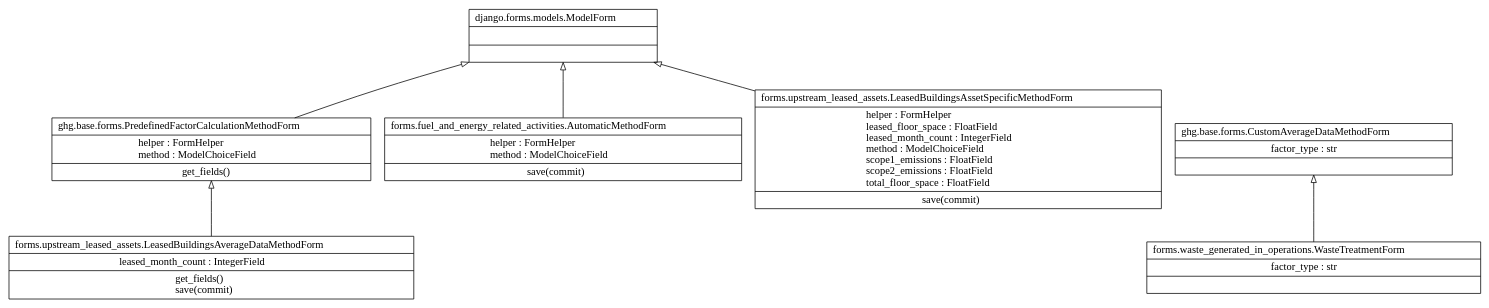
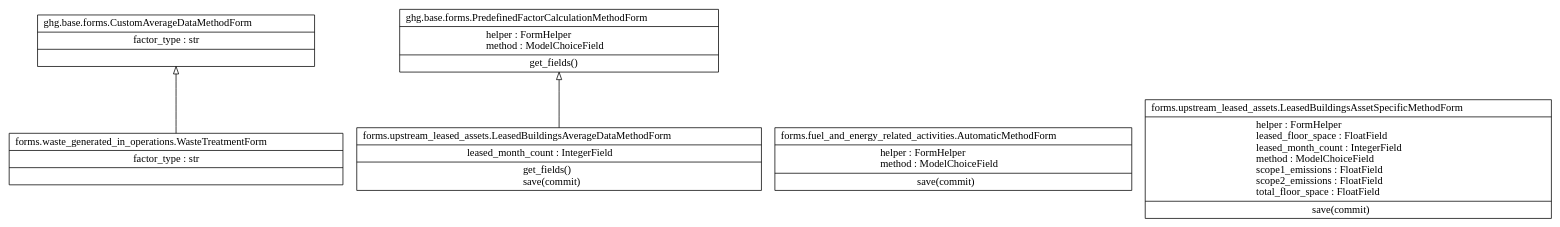
One commit to fingreen-ai/greenlang changed the diagram in calculations/ghg/scope_3/forms/classes.dot. Above: the diagram before and after it, drawn with Graphviz. The commit also changed 3 other files, not shown here.

Commit message:
Remove ModelForm references

```diff
--- a/calculations/ghg/scope_3/forms/classes.dot
+++ b/calculations/ghg/scope_3/forms/classes.dot
@@ -1,16 +1,12 @@
 digraph "classes" {
 rankdir=BT
 charset="utf-8"
-"django.forms.models.ModelForm" [color="black", fontcolor="black", label=<{django.forms.models.ModelForm|<br ALIGN="LEFT"/>|}>, shape="record", style="solid"];
 "ghg.base.forms.CustomAverageDataMethodForm" [color="black", fontcolor="black", label=<{ghg.base.forms.CustomAverageDataMethodForm|factor_type : str<br ALIGN="LEFT"/>|}>, shape="record", style="solid"];
 "ghg.base.forms.PredefinedFactorCalculationMethodForm" [color="black", fontcolor="black", label=<{ghg.base.forms.PredefinedFactorCalculationMethodForm|helper : FormHelper<br ALIGN="LEFT"/>method : ModelChoiceField<br ALIGN="LEFT"/>|get_fields()<br ALIGN="LEFT"/>}>, shape="record", style="solid"];
 "forms.fuel_and_energy_related_activities.AutomaticMethodForm" [color="black", fontcolor="black", label=<{forms.fuel_and_energy_related_activities.AutomaticMethodForm|helper : FormHelper<br ALIGN="LEFT"/>method : ModelChoiceField<br ALIGN="LEFT"/>|save(commit)<br ALIGN="LEFT"/>}>, shape="record", style="solid"];
 "forms.upstream_leased_assets.LeasedBuildingsAssetSpecificMethodForm" [color="black", fontcolor="black", label=<{forms.upstream_leased_assets.LeasedBuildingsAssetSpecificMethodForm|helper : FormHelper<br ALIGN="LEFT"/>leased_floor_space : FloatField<br ALIGN="LEFT"/>leased_month_count : IntegerField<br ALIGN="LEFT"/>method : ModelChoiceField<br ALIGN="LEFT"/>scope1_emissions : FloatField<br ALIGN="LEFT"/>scope2_emissions : FloatField<br ALIGN="LEFT"/>total_floor_space : FloatField<br ALIGN="LEFT"/>|save(commit)<br ALIGN="LEFT"/>}>, shape="record", style="solid"];
 "forms.upstream_leased_assets.LeasedBuildingsAverageDataMethodForm" [color="black", fontcolor="black", label=<{forms.upstream_leased_assets.LeasedBuildingsAverageDataMethodForm|leased_month_count : IntegerField<br ALIGN="LEFT"/>|get_fields()<br ALIGN="LEFT"/>save(commit)<br ALIGN="LEFT"/>}>, shape="record", style="solid"];
 "forms.waste_generated_in_operations.WasteTreatmentForm" [color="black", fontcolor="black", label=<{forms.waste_generated_in_operations.WasteTreatmentForm|factor_type : str<br ALIGN="LEFT"/>|}>, shape="record", style="solid"];
-"ghg.base.forms.PredefinedFactorCalculationMethodForm" -> "django.forms.models.ModelForm" [arrowhead="empty", arrowtail="none"];
-"forms.fuel_and_energy_related_activities.AutomaticMethodForm" -> "django.forms.models.ModelForm" [arrowhead="empty", arrowtail="none"];
-"forms.upstream_leased_assets.LeasedBuildingsAssetSpecificMethodForm" -> "django.forms.models.ModelForm" [arrowhead="empty", arrowtail="none"];
 "forms.upstream_leased_assets.LeasedBuildingsAverageDataMethodForm" -> "ghg.base.forms.PredefinedFactorCalculationMethodForm" [arrowhead="empty", arrowtail="none"];
 "forms.waste_generated_in_operations.WasteTreatmentForm" -> "ghg.base.forms.CustomAverageDataMethodForm" [arrowhead="empty", arrowtail="none"];
 }
```
